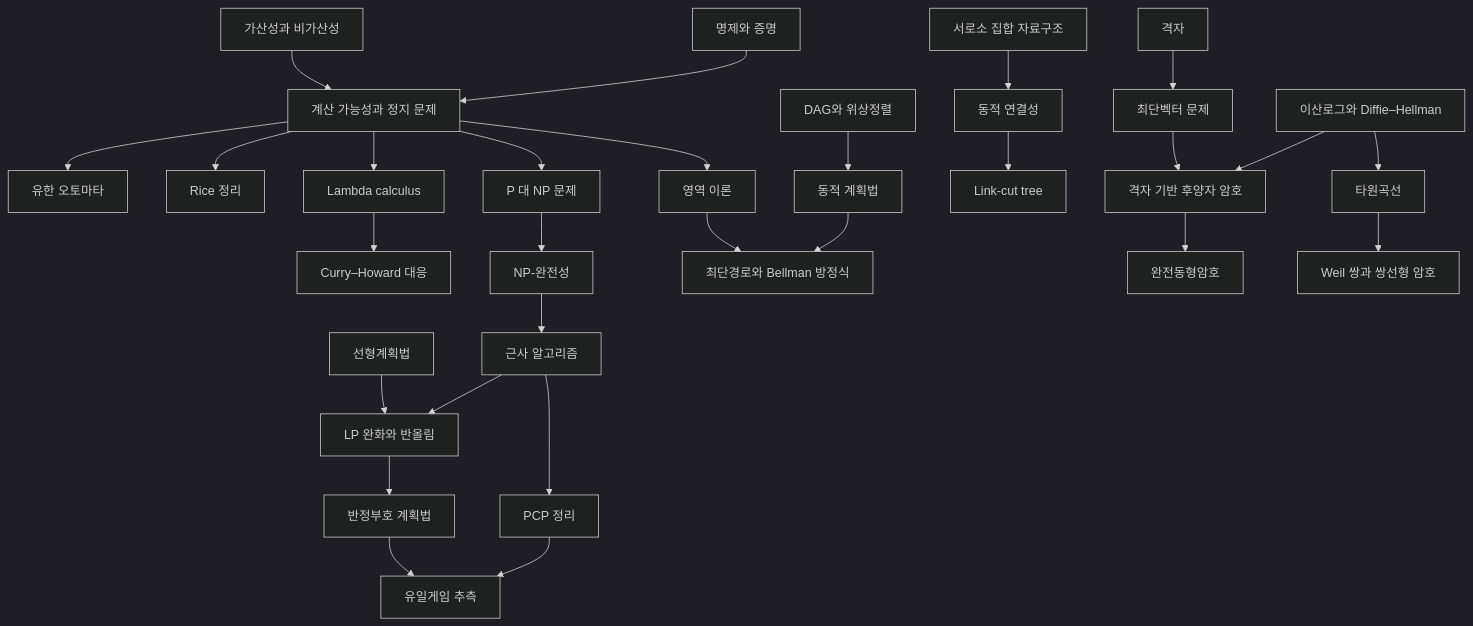
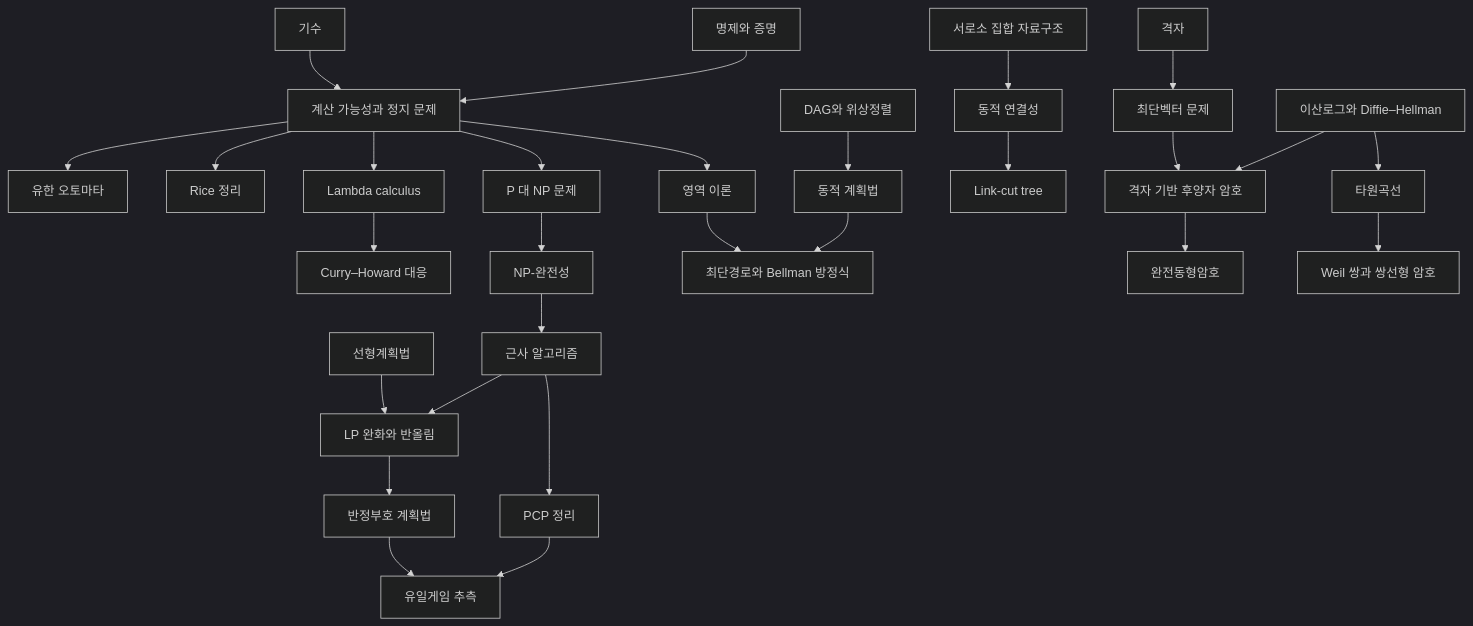
Before and after one commit to Phryxia/math-map: the diagram in docs/computation-overview.md, drawn with Mermaid (dark theme). The commit also changed 21 other files, not shown here.

````diff
--- a/docs/computation-overview.md
+++ b/docs/computation-overview.md
@@ -13,30 +13,30 @@
 ```mermaid
 graph TD
   PF["명제와 증명"] --> CB["계산 가능성과 정지 문제"]
-  CA["가산성과 비가산성"] --> CB
+  CA["기수"] --> CB
   CB --> FA["유한 오토마타"]
   CB --> RT["Rice 정리"]
   CB --> LC["Lambda calculus"]
   CB --> DT["영역 이론"]
   LC --> CH["Curry–Howard 대응"]
   CB --> PN["P 대 NP 문제"]
   PN --> NPC["NP-완전성"]
   NPC --> AA["근사 알고리즘"]
   AA --> LPR["LP 완화와 반올림"]
   AA --> PCP["PCP 정리"]
   PCP --> UG["유일게임 추측"]
   LP["선형계획법"] --> LPR
   LPR --> SDP["반정부호 계획법"]
   SDP --> UG
   DAG["DAG와 위상정렬"] --> DP["동적 계획법"]
   DP --> SP["최단경로와 Bellman 방정식"]
   DT --> SP
   UF["서로소 집합 자료구조"] --> DC["동적 연결성"]
   DC --> LCT["Link-cut tree"]
   DL["이산로그와 Diffie–Hellman"] --> PQ["격자 기반 후양자 암호"]
   LA["격자"] --> SVP["최단벡터 문제"]
   SVP --> PQ
   PQ --> HE["완전동형암호"]
   DL --> EC["타원곡선"]
   EC --> PBC["Weil 쌍과 쌍선형 암호"]
 ```
````
